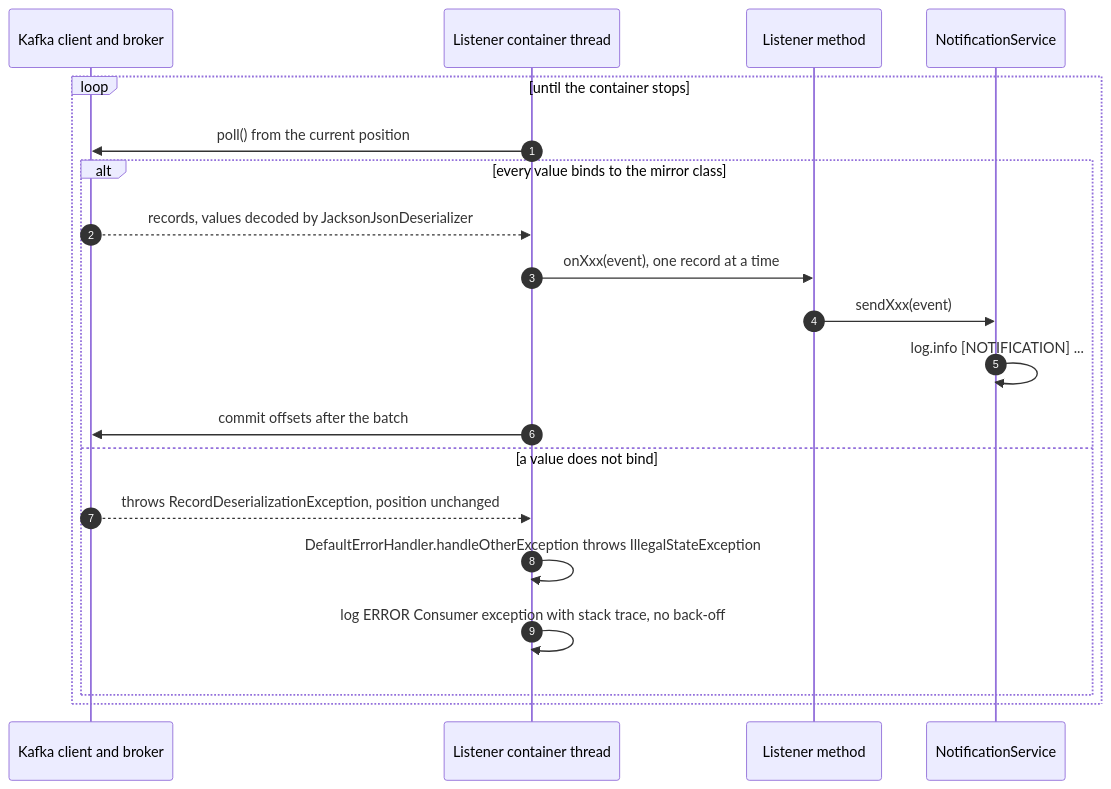
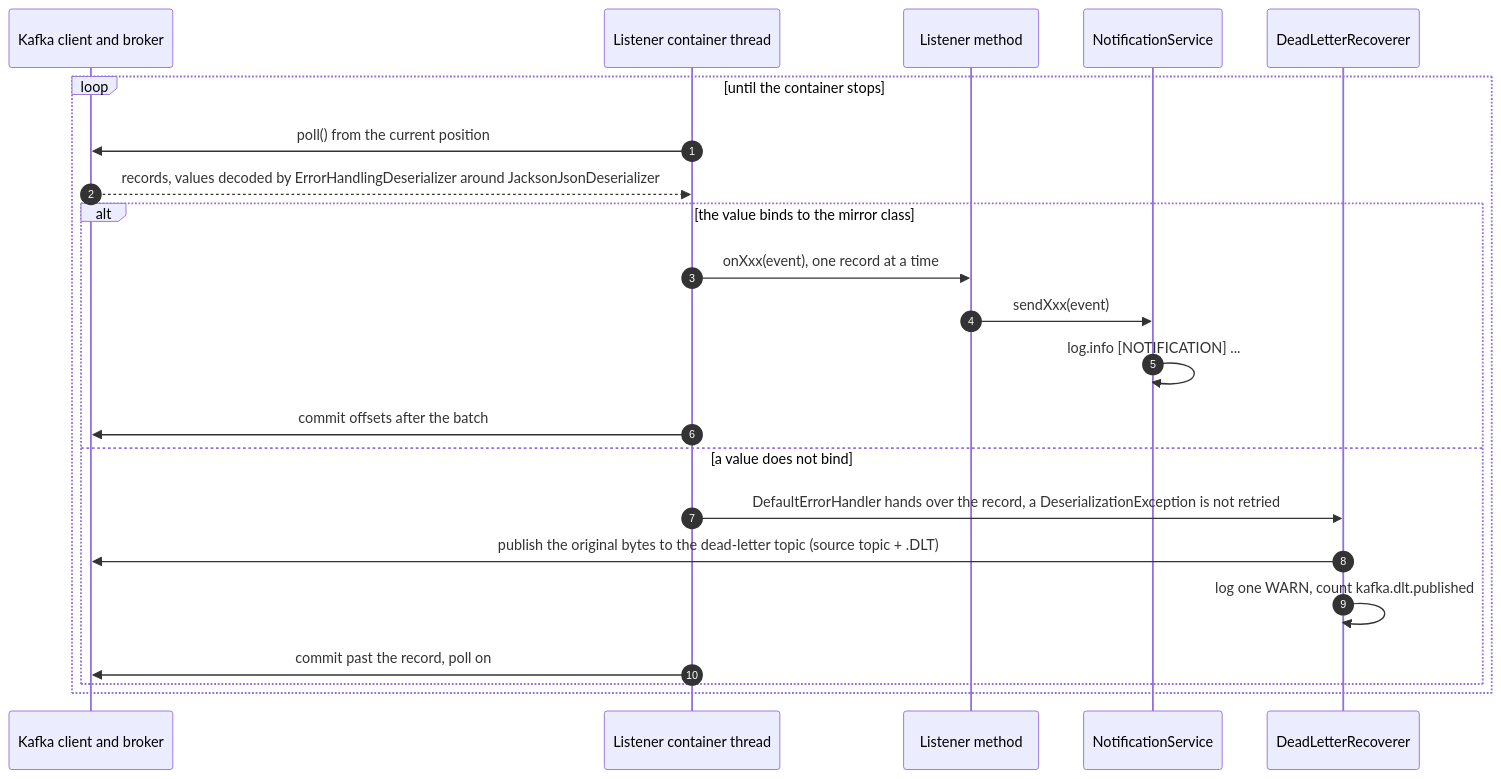
The diagram in docs/services/notification-service.md (bmcnpnr/ecommerce-platform), drawn with Mermaid before and after one commit. The commit also changed other lines of this file and 58 other files, not shown here.

````diff
--- a/docs/services/notification-service.md
+++ b/docs/services/notification-service.md
@@ -271,22 +284,24 @@
 ```mermaid
 sequenceDiagram
     autonumber
     participant K as Kafka client and broker
     participant C as Listener container thread
     participant L as Listener method
     participant N as NotificationService
+    participant R as DeadLetterRecoverer
     loop until the container stops
         C->>K: poll() from the current position
-        alt every value binds to the mirror class
-            K-->>C: records, values decoded by JacksonJsonDeserializer
+        K-->>C: records, values decoded by ErrorHandlingDeserializer around JacksonJsonDeserializer
+        alt the value binds to the mirror class
             C->>L: onXxx(event), one record at a time
             L->>N: sendXxx(event)
             N->>N: log.info [NOTIFICATION] ...
             C->>K: commit offsets after the batch
         else a value does not bind
-            K-->>C: throws RecordDeserializationException, position unchanged
-            C->>C: DefaultErrorHandler.handleOtherException throws IllegalStateException
-            C->>C: log ERROR Consumer exception with stack trace, no back-off
+            C->>R: DefaultErrorHandler hands over the record, a DeserializationException is not retried
+            R->>K: publish the original bytes to the dead-letter topic (source topic + .DLT)
+            R->>R: log one WARN, count kafka.dlt.published
+            C->>K: commit past the record, poll on
         end
     end
 ```
````
